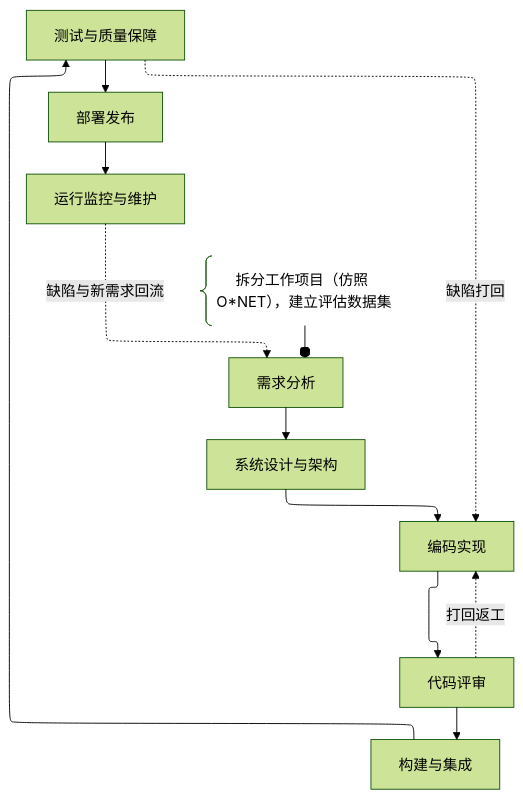
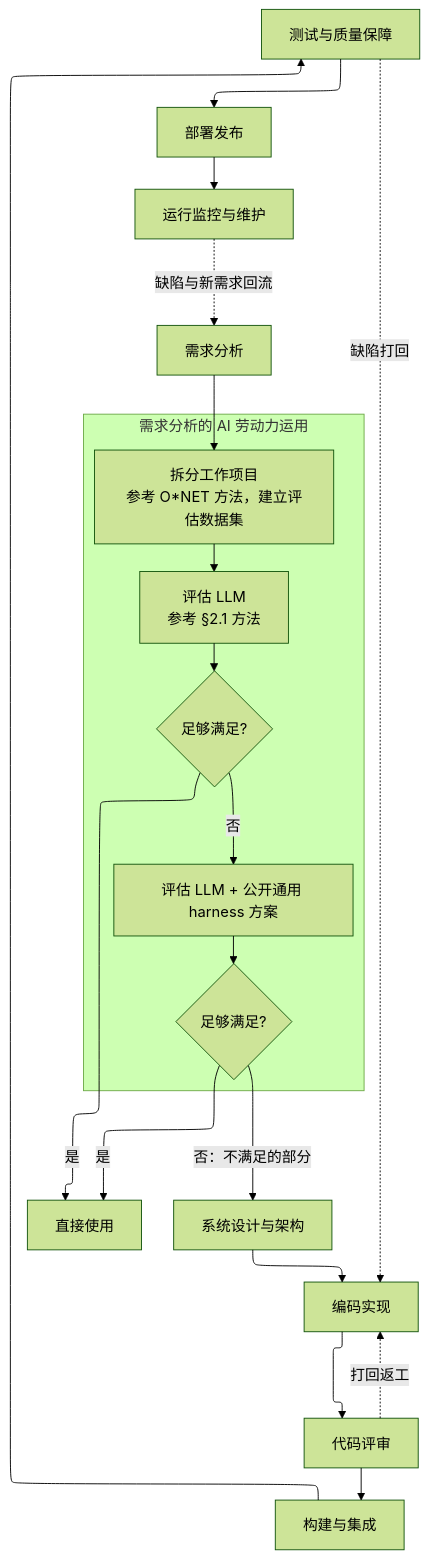
One commit to AI-LLM/Controversy changed the second of 2 diagrams in chat/AIKnowledgeLabor.md. Above: the diagram before and after it, drawn with Mermaid (forest theme). The commit also changed 2 other files, not shown here.

Commit message:
R_A1改成一个子流程，依次做： - 拆分工作项目（参考O*NET的方法），建立评估数据集 - 评估LLM （参考§2.1的方法） - 足够满足则直接使用 - 评估LLM+公开通用harness方案 - 足够满足则直接使用 - 不满足的地方，进入D

````diff
--- a/chat/AIKnowledgeLabor.md
+++ b/chat/AIKnowledgeLabor.md
@@ -628,19 +628,27 @@
 ```mermaid
 ---
 config:
   layout: elk
 ---
 graph TD
-    R[需求分析] --> D[系统设计与架构]
+    R[需求分析] --> A1
+    subgraph SP [需求分析的 AI 劳动力运用]
+        direction TB
+        A1[拆分工作项目<br/>参考 O*NET 方法，建立评估数据集] --> A2[评估 LLM<br/>参考 §2.1 方法]
+        A2 --> Q1{足够满足?}
+        Q1 -- 否 --> A3[评估 LLM + 公开通用 harness 方案]
+        A3 --> Q2{足够满足?}
+    end
+    Q1 -- 是 --> U[直接使用]
+    Q2 -- 是 --> U
+    Q2 -- 否：不满足的部分 --> D[系统设计与架构]
     D --> C[编码实现]
     C --> CR[代码评审]
     CR --> IG[构建与集成]
     IG --> T[测试与质量保障]
     T --> DP[部署发布]
     DP --> MO[运行监控与维护]
     CR -. 打回返工 .-> C
     T -. 缺陷打回 .-> C
     MO -. 缺陷与新需求回流 .-> R
-    R_A1@{ shape: comment, label: "拆分工作项目（仿照 O*NET），建立评估数据集" }
-    R_A1 --o R
 ```
````
